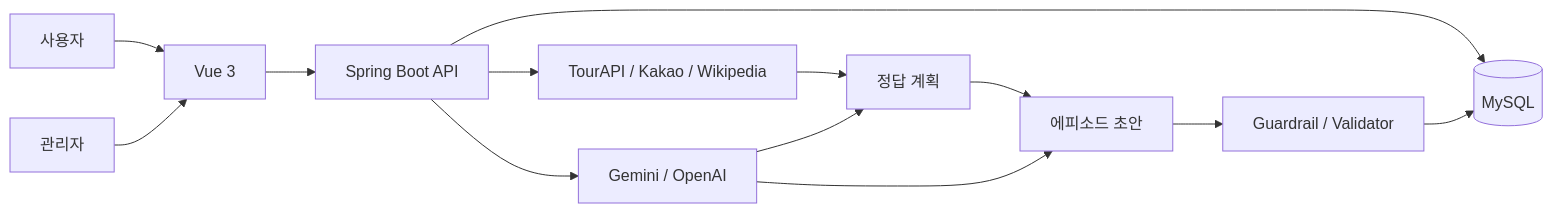
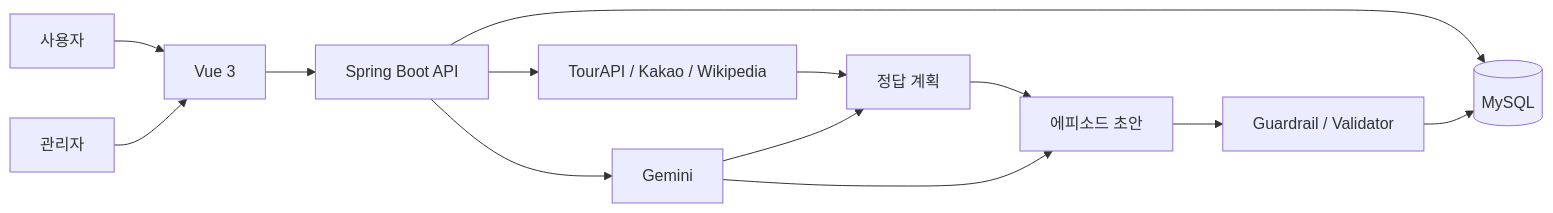
The diagram in README.md (kanghyunsoon/operation-seoul), drawn with Mermaid before and after one commit. The commit also changed other lines of this file and 2 other files, not shown here.

````diff
--- a/README.md
+++ b/README.md
@@ -46,15 +44,15 @@
 ```mermaid
 flowchart LR
     USER[사용자] --> VUE[Vue 3]
     ADMIN[관리자] --> VUE
     VUE --> API[Spring Boot API]
     API --> MYSQL[(MySQL)]
     API --> PLACE[TourAPI / Kakao / Wikipedia]
     PLACE --> PLAN[정답 계획]
     PLAN --> DRAFT[에피소드 초안]
     DRAFT --> CHECK[Guardrail / Validator]
     CHECK --> MYSQL
-    API --> MODEL[Gemini / OpenAI]
+    API --> MODEL[Gemini]
     MODEL --> PLAN
     MODEL --> DRAFT
 ```
````
